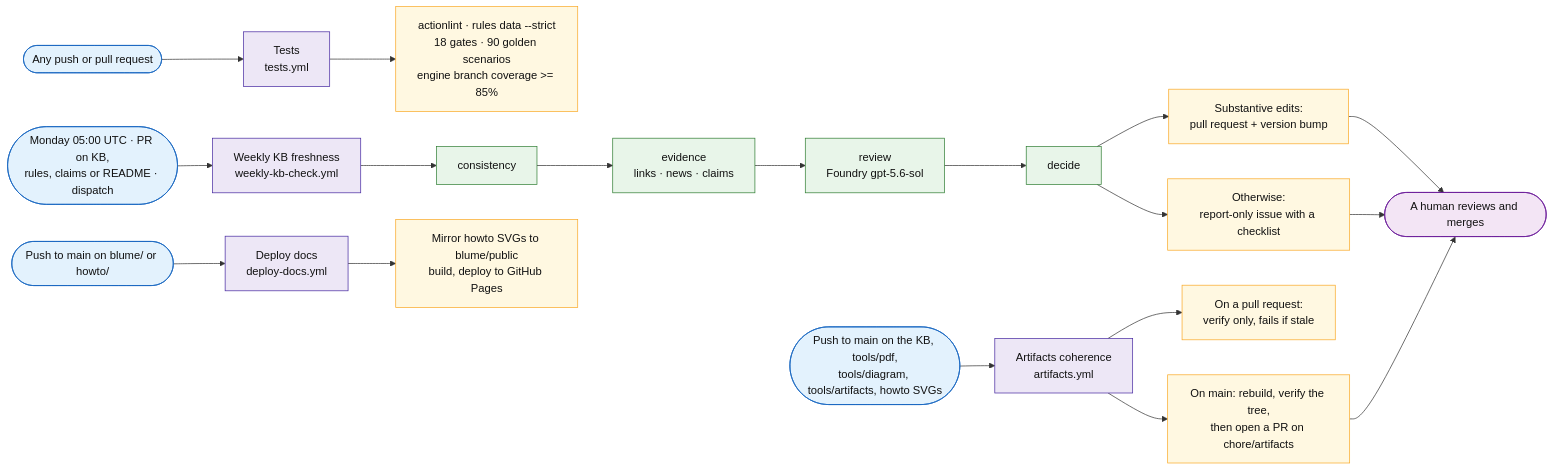
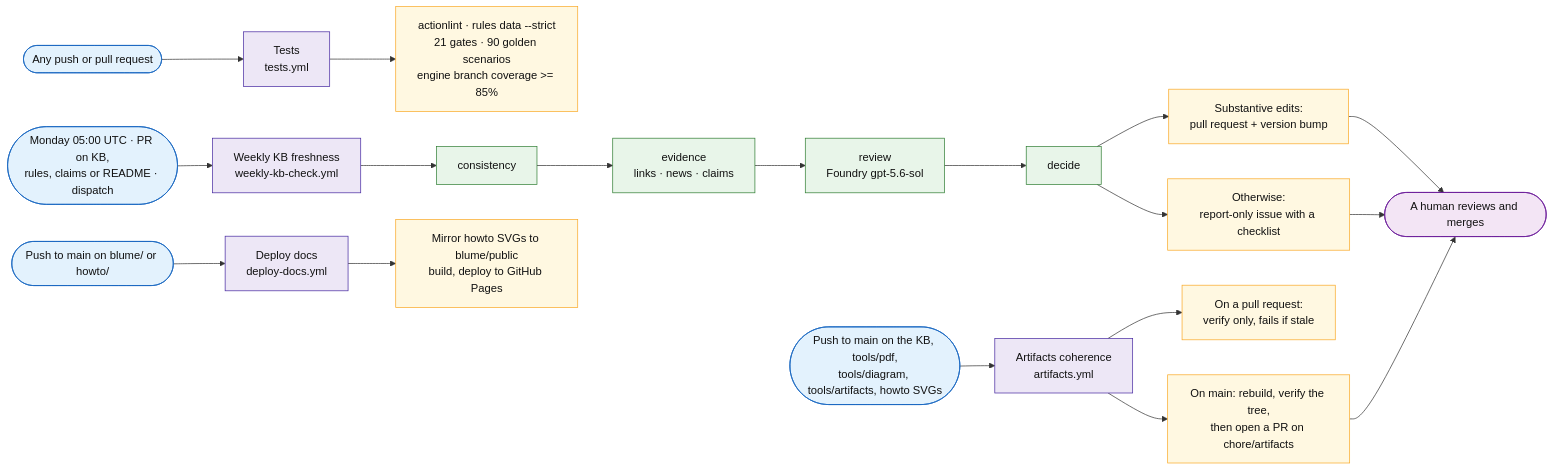
Before and after one commit to fredgis/sql-migration-advisor: the sixth of 6 diagrams in docs/sql-migration-advisor-developer-pitch.md, drawn with Mermaid. The commit also changed other lines of this file, not shown here.

````diff
--- a/docs/sql-migration-advisor-developer-pitch.md
+++ b/docs/sql-migration-advisor-developer-pitch.md
@@ -916,33 +964,33 @@
 ```mermaid
 flowchart LR
     G1([Any push or pull request]) --> W1[Tests<br/>tests.yml]
     G2([Monday 05:00 UTC · PR on KB,<br/>rules, claims or README · dispatch]) --> W2[Weekly KB freshness<br/>weekly-kb-check.yml]
     G3([Push to main on the KB, tools/pdf,<br/>tools/diagram, tools/artifacts, howto SVGs]) --> W3[Artifacts coherence<br/>artifacts.yml]
     G4([Push to main on blume/ or howto/]) --> W4[Deploy docs<br/>deploy-docs.yml]
 
-    W1 --> O1[actionlint · rules data --strict<br/>18 gates · 90 golden scenarios<br/>engine branch coverage >= 85%]
+    W1 --> O1[actionlint · rules data --strict<br/>21 gates · 90 golden scenarios<br/>engine branch coverage >= 85%]
 
     W2 --> C1[consistency] --> C2[evidence<br/>links · news · claims] --> C3[review<br/>Foundry gpt-5.6-sol] --> C4[decide]
     C4 --> O2a[Substantive edits:<br/>pull request + version bump]
     C4 --> O2b[Otherwise:<br/>report-only issue with a checklist]
 
     W3 --> O3a[On a pull request:<br/>verify only, fails if stale]
     W3 --> O3b[On main: rebuild, verify the tree,<br/>then open a PR on chore/artifacts]
 
     W4 --> O4[Mirror howto SVGs to blume/public<br/>build, deploy to GitHub Pages]
 
     O2a --> H([A human reviews and merges])
     O2b --> H
     O3b --> H
 
     classDef trig fill:#e3f2fd,stroke:#1565c0,color:#111
     classDef flow fill:#ede7f6,stroke:#4527a0,color:#111
     classDef step fill:#e8f5e9,stroke:#2e7d32,color:#111
     classDef out fill:#fff8e1,stroke:#f9a825,color:#111
     classDef human fill:#f3e5f5,stroke:#6a1b9a,color:#111
     class G1,G2,G3,G4 trig
     class W1,W2,W3,W4 flow
     class C1,C2,C3,C4 step
     class O1,O2a,O2b,O3a,O3b,O4 out
     class H human
 ```
````
